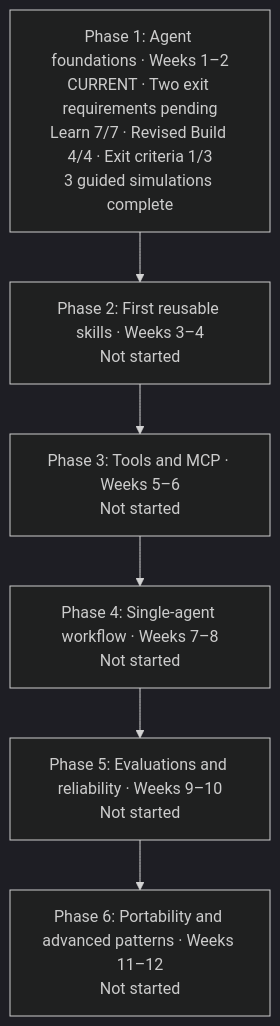
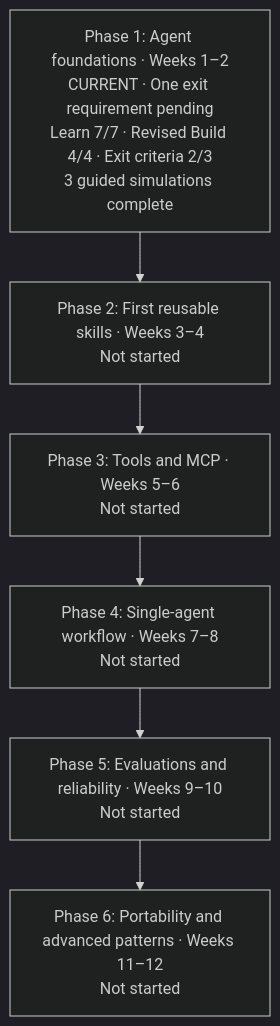
One commit to rezamohamadlo/agent-learning-coach changed the diagram in learner/reza/ROADMAP.md. Above: the diagram before and after it, drawn with Mermaid (dark theme). The commit also changed other lines of this file and 4 other files, not shown here.

````diff
--- a/learner/reza/ROADMAP.md
+++ b/learner/reza/ROADMAP.md
@@ -39,10 +39,10 @@
 ```mermaid
 flowchart TB
-    P1["Phase 1: Agent foundations · Weeks 1–2<br/>CURRENT · Two exit requirements pending<br/>Learn 7/7 · Revised Build 4/4 · Exit criteria 1/3<br/>3 guided simulations complete"]
+    P1["Phase 1: Agent foundations · Weeks 1–2<br/>CURRENT · One exit requirement pending<br/>Learn 7/7 · Revised Build 4/4 · Exit criteria 2/3<br/>3 guided simulations complete"]
     P2["Phase 2: First reusable skills · Weeks 3–4<br/>Not started"]
     P3["Phase 3: Tools and MCP · Weeks 5–6<br/>Not started"]
     P4["Phase 4: Single-agent workflow · Weeks 7–8<br/>Not started"]
     P5["Phase 5: Evaluations and reliability · Weeks 9–10<br/>Not started"]
     P6["Phase 6: Portability and advanced patterns · Weeks 11–12<br/>Not started"]
     P1 --> P2 --> P3 --> P4 --> P5 --> P6
 ```
````
